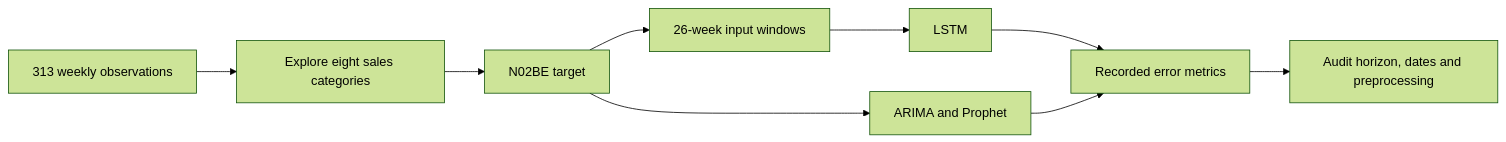
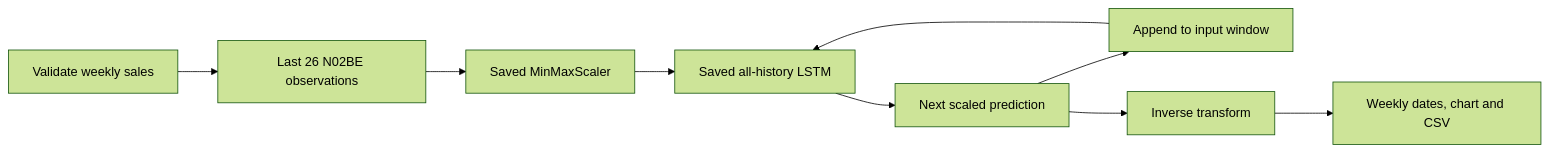
One commit to latiphy-s/forecast-of-drug-pharma-demand changed the diagram in README.md. Above: the diagram before and after it, drawn with Mermaid (forest theme). The commit also changed other lines of this file and 16 other files, not shown here.

````diff
--- a/README.md
+++ b/README.md
@@ -21,11 +55,11 @@
 ```mermaid
 flowchart LR
-    A[313 weekly observations] --> B[Explore eight sales categories]
-    B --> C[N02BE target]
-    C --> D[26-week input windows]
-    D --> E[LSTM]
-    C --> F[ARIMA and Prophet]
-    E --> G[Recorded error metrics]
-    F --> G
-    G --> H[Audit horizon, dates and preprocessing]
+    A[Validate weekly sales] --> B[Last 26 N02BE observations]
+    B --> C[Saved MinMaxScaler]
+    C --> D[Saved all-history LSTM]
+    D --> E[Next scaled prediction]
+    E --> F[Append to input window]
+    F --> D
+    E --> G[Inverse transform]
+    G --> H[Weekly dates, chart and CSV]
 ```
````
